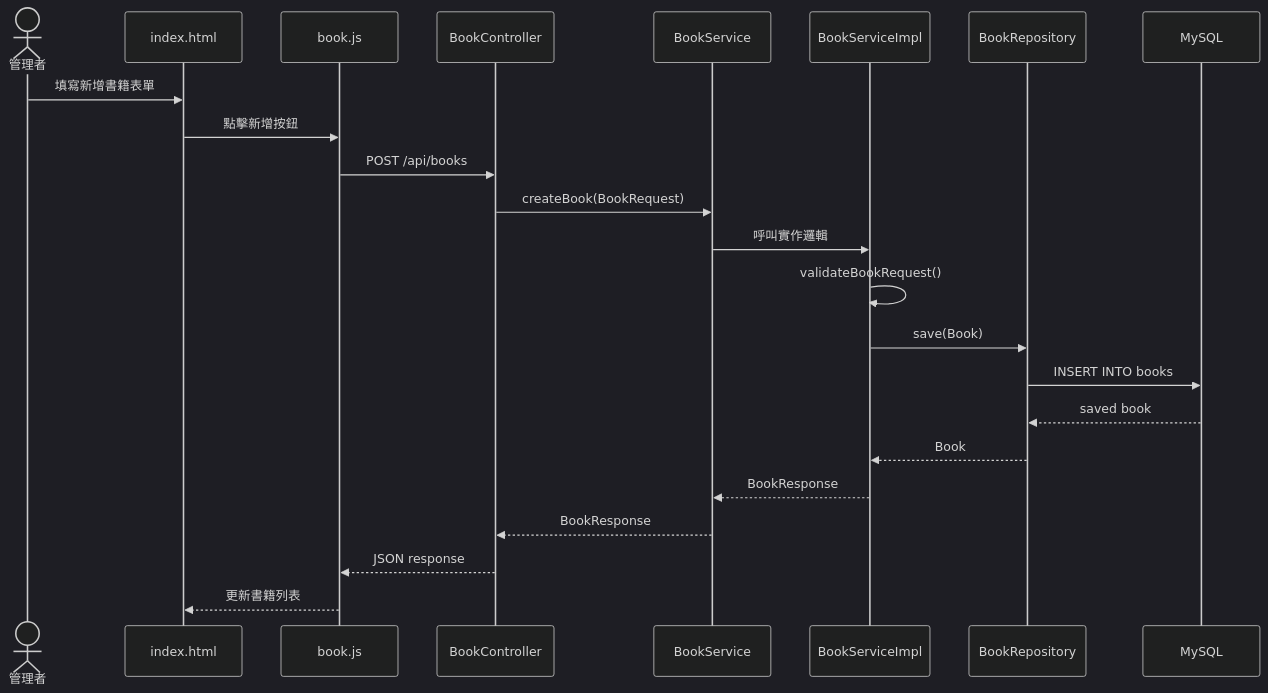
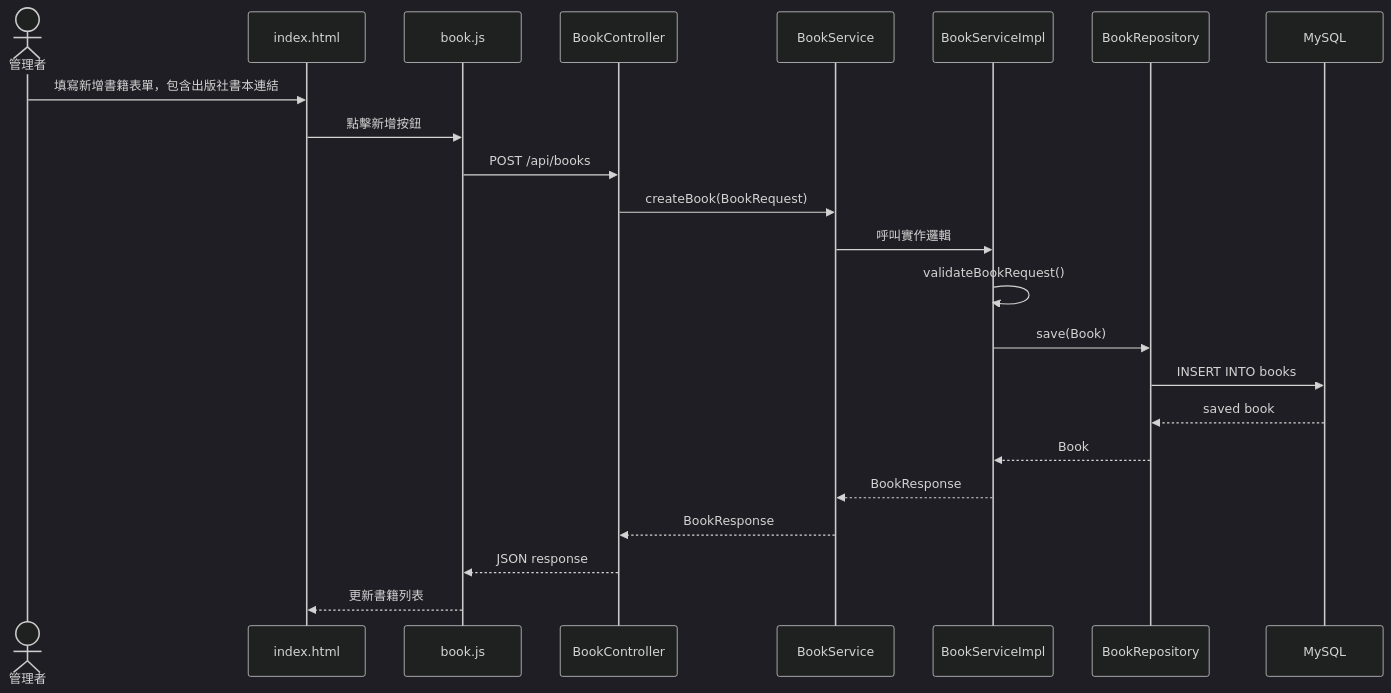
The sixth of 8 diagrams in docs/System_Design.md (fizz123123/Books-Ordering-System), drawn with Mermaid (dark theme) before and after one commit. The commit also changed other lines of this file, not shown here.

````diff
--- a/docs/System_Design.md
+++ b/docs/System_Design.md
@@ -913,26 +950,26 @@
 ```mermaid
 sequenceDiagram
     actor Admin as 管理者
     participant Page as index.html
     participant JS as book.js
     participant Controller as BookController
     participant Service as BookService
     participant Impl as BookServiceImpl
     participant Repository as BookRepository
     participant DB as MySQL
 
-    Admin->>Page: 填寫新增書籍表單
+    Admin->>Page: 填寫新增書籍表單，包含出版社書本連結
     Page->>JS: 點擊新增按鈕
     JS->>Controller: POST /api/books
     Controller->>Service: createBook(BookRequest)
     Service->>Impl: 呼叫實作邏輯
     Impl->>Impl: validateBookRequest()
     Impl->>Repository: save(Book)
     Repository->>DB: INSERT INTO books
     DB-->>Repository: saved book
     Repository-->>Impl: Book
     Impl-->>Service: BookResponse
     Service-->>Controller: BookResponse
     Controller-->>JS: JSON response
     JS-->>Page: 更新書籍列表
 ```
````
